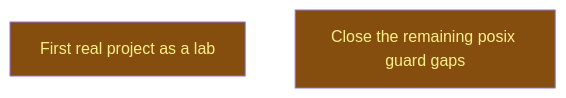
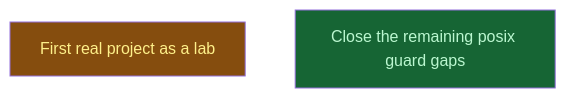
Before and after one commit to CrackingShells/Murmuration: the diagram in __roadmap__/claude_code_release/next/next/next/next/next/next/README.md, drawn with Mermaid. The commit also changed other lines of this file and 1 other file, not shown here.

First line of the commit message:
docs(roadmap): record the 0.1.2 push and the install from Nest

````diff
--- a/__roadmap__/claude_code_release/next/next/next/next/next/next/README.md
+++ b/__roadmap__/claude_code_release/next/next/next/next/next/next/README.md
@@ -16,10 +16,10 @@
 ```mermaid
 graph TD
     first_project[First real project as a lab]:::inprogress
-    posix_gaps[Close the remaining posix guard gaps]:::inprogress
+    posix_gaps[Close the remaining posix guard gaps]:::done
     classDef done       fill:#166534,color:#bbf7d0
     classDef inprogress fill:#854d0e,color:#fef08a
     classDef planned    fill:#374151,color:#e5e7eb
     classDef amendment  fill:#1e3a5f,color:#bfdbfe
     classDef blocked    fill:#7f1d1d,color:#fecaca
 ```
````
